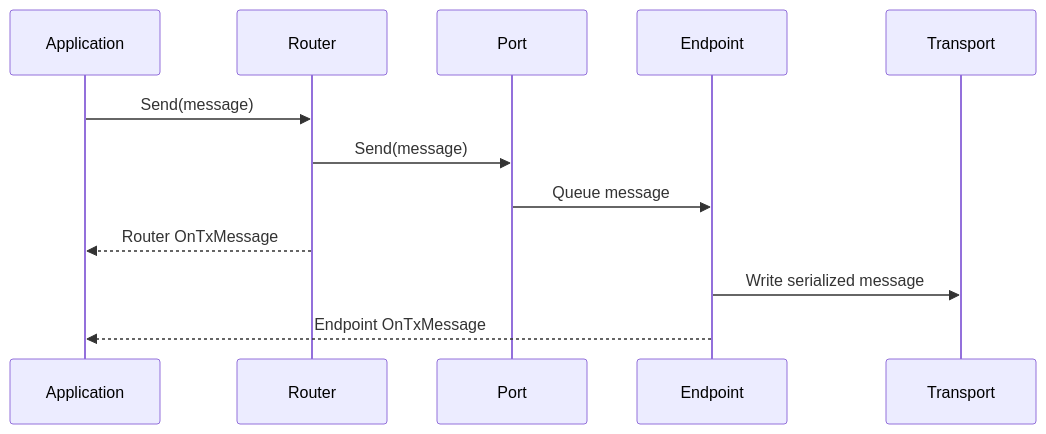
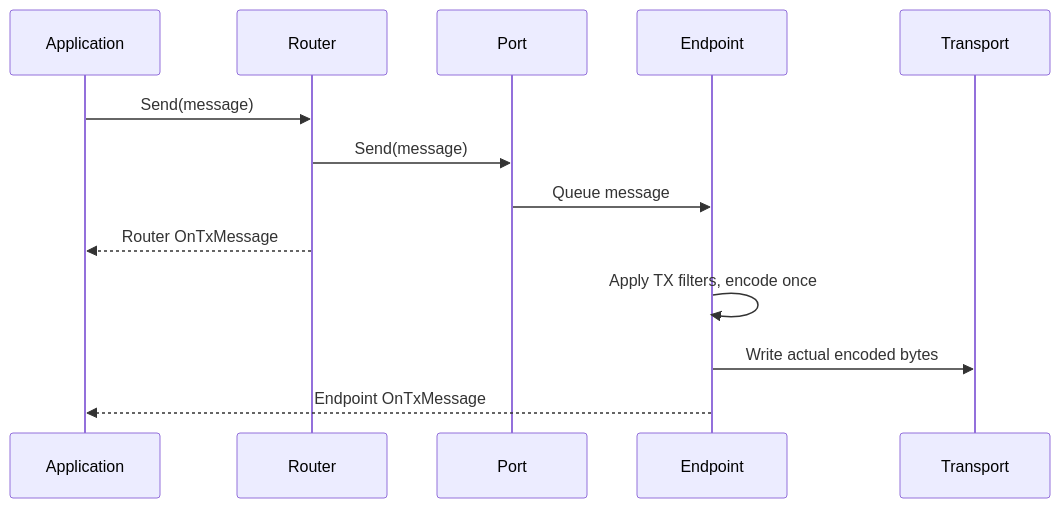
One commit to asv-soft/asv-common changed the second of 2 diagrams in src/Writerside/topics/IO-Connections.md. Above: the diagram before and after it, drawn with Mermaid. The commit also changed other lines of this file and 19 other files, not shown here.

````diff
--- a/src/Writerside/topics/IO-Connections.md
+++ b/src/Writerside/topics/IO-Connections.md
@@ -40,14 +41,15 @@
 ```mermaid
 sequenceDiagram
     participant Application
     participant Router
     participant Port
     participant Endpoint
     participant Transport
     Application->>Router: Send(message)
     Router->>Port: Send(message)
     Port->>Endpoint: Queue message
     Router-->>Application: Router OnTxMessage
-    Endpoint->>Transport: Write serialized message
+    Endpoint->>Endpoint: Apply TX filters, encode once
+    Endpoint->>Transport: Write actual encoded bytes
     Endpoint-->>Application: Endpoint OnTxMessage
 ```
````
